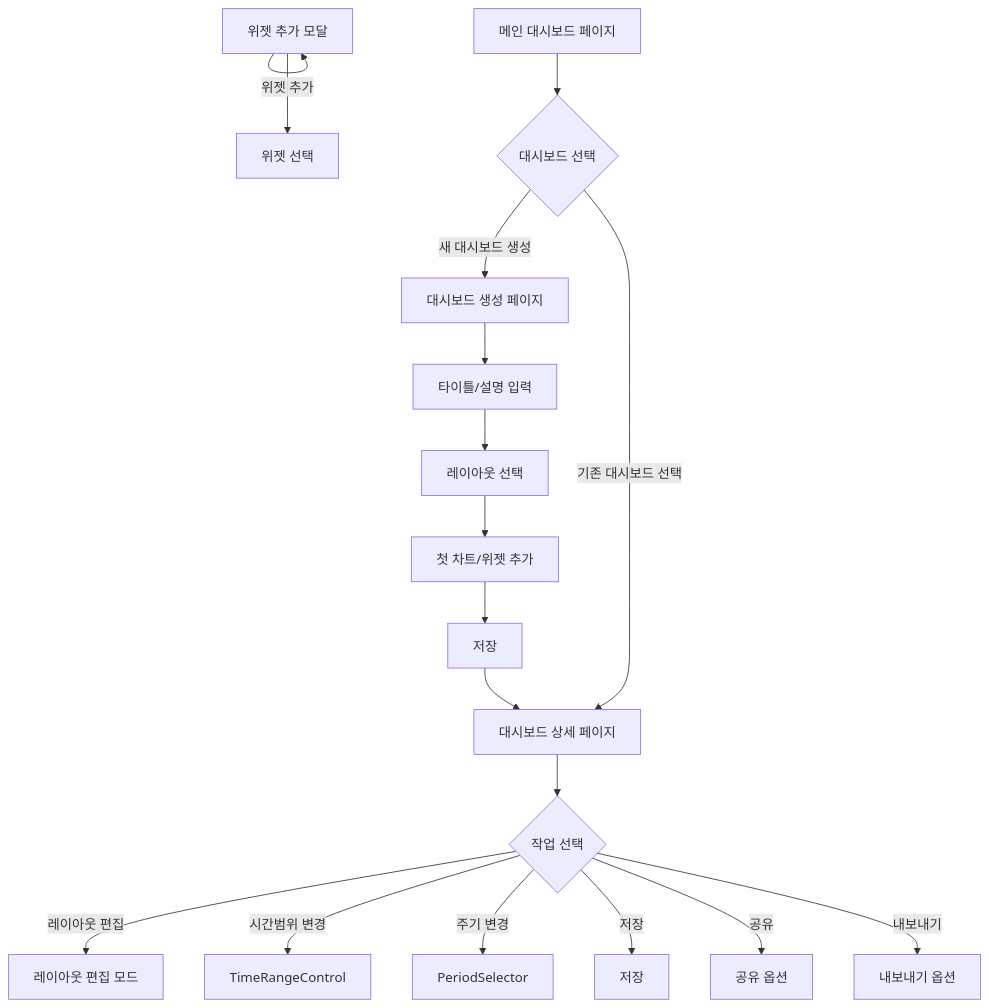
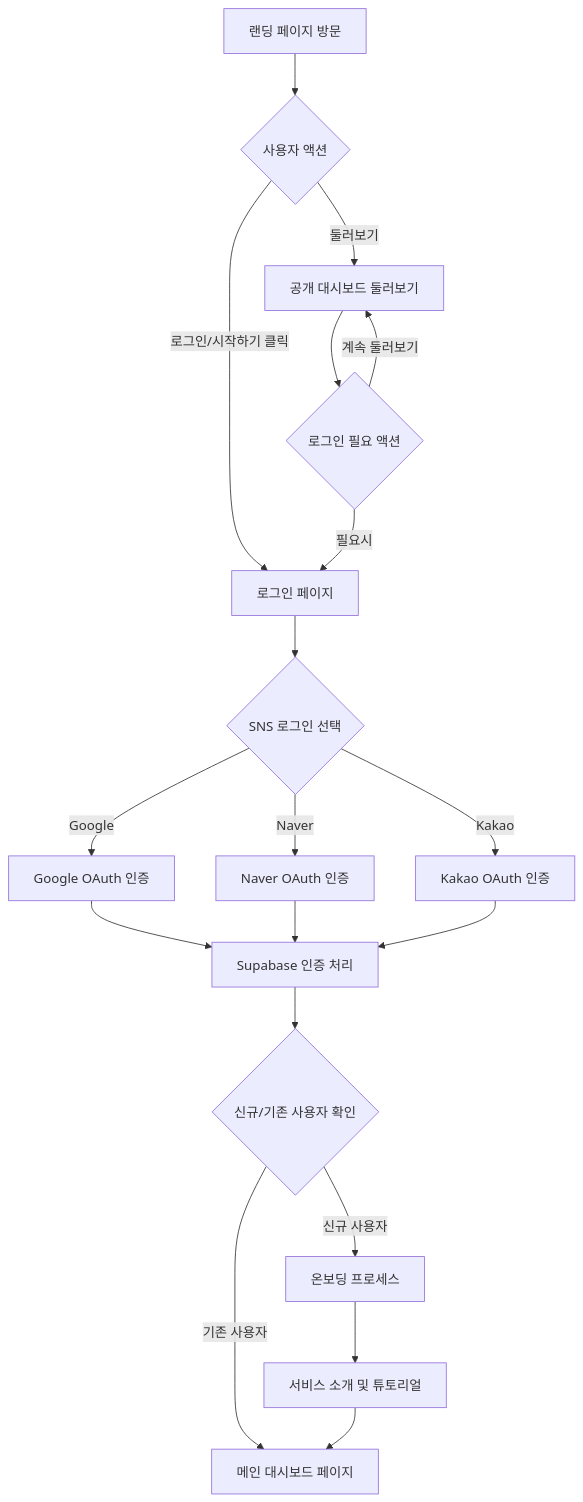
The second of 2 diagrams in product-spec.md (Seungwoo321/etorch-docs), drawn with Mermaid before and after one commit. The commit also changed other lines of this file, not shown here.

Commit message:
docs: 서비스 기획서 업데이트- 5.1

````diff
--- a/product-spec.md
+++ b/product-spec.md
@@ -620,22 +626,27 @@
 ```mermaid
 flowchart TD
-    A[메인 대시보드 페이지] --> B{대시보드 선택}
-    B -->|새 대시보드 생성| C[대시보드 생성 페이지]
-    B -->|기존 대시보드 선택| D[대시보드 상세 페이지]
+    A[랜딩 페이지 방문] --> B{사용자 액션}
+    B -->|로그인/시작하기 클릭| C[로그인 페이지]
+    B -->|둘러보기| N[공개 대시보드 둘러보기]
     
-    C --> E[타이틀/설명 입력]
-    E --> F[레이아웃 선택]
-    F --> G[첫 차트/위젯 추가]
-    G --> H[저장]
-    H --> D
+    C --> D{SNS 로그인 선택}
+    D -->|Google| E[Google OAuth 인증]
+    D -->|Naver| F[Naver OAuth 인증]
+    D -->|Kakao| G[Kakao OAuth 인증]
     
-    D --> I{작업 선택}
-    J -->|위젯 추가| J[위젯 추가 모달]
-    J --> Q[위젯 선택]
-    I -->|레이아웃 편집| K[레이아웃 편집 모드]
-    I -->|시간범위 변경| L[TimeRangeControl]
-    I -->|주기 변경| M[PeriodSelector]
-    I -->|저장| N[저장]
-    I -->|공유| O[공유 옵션]
-    I -->|내보내기| P[내보내기 옵션]
+    E --> H[Supabase 인증 처리]
+    F --> H
+    G --> H
+    
+    H --> I{신규/기존 사용자 확인}
+    
+    I -->|신규 사용자| J[온보딩 프로세스]
+    I -->|기존 사용자| L[메인 대시보드 페이지]
+    
+    J --> K[서비스 소개 및 튜토리얼]
+    K --> L
+    
+    N --> M{로그인 필요 액션}
+    M -->|필요시| C
+    M -->|계속 둘러보기| N
 ```
````
